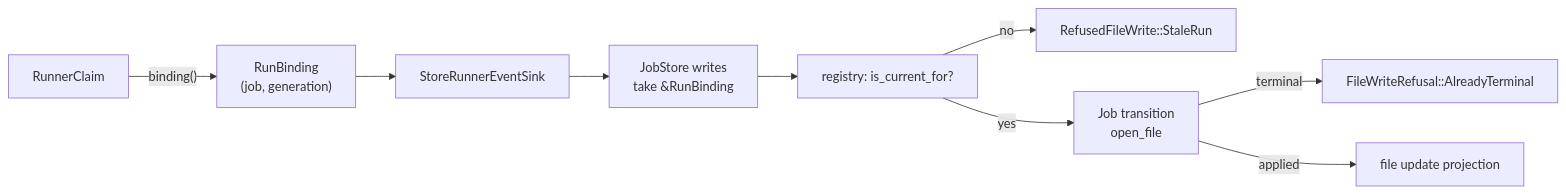
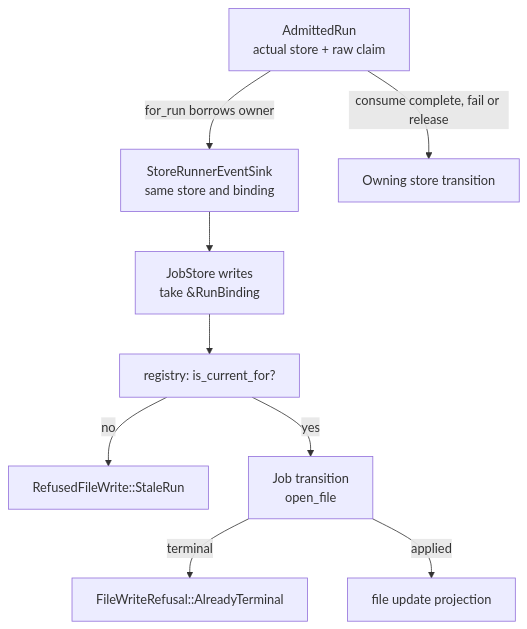
One commit to FranklinChen/talkbank-tools changed the second of 4 diagrams in book/src/batchalign/architecture/job-state-machine.md. Above: the diagram before and after it, drawn with Mermaid. The commit also changed other lines of this file and 204 other files, not shown here.

````diff
--- a/book/src/batchalign/architecture/job-state-machine.md
+++ b/book/src/batchalign/architecture/job-state-machine.md
@@ -306,11 +290,11 @@
 ```mermaid
-flowchart LR
-    claim["RunnerClaim"] -->|"binding()"| bind["RunBinding<br/>(job, generation)"]
-    bind --> sink["StoreRunnerEventSink"]
+flowchart TD
+    owner["AdmittedRun<br/>actual store + raw claim"] -->|"for_run borrows owner"| sink["StoreRunnerEventSink<br/>same store and binding"]
+    owner -->|"consume complete, fail or release"| completion["Owning store transition"]
     sink --> store["JobStore writes<br/>take &RunBinding"]
     store --> reg["registry: is_current_for?"]
     reg -->|no| stale["RefusedFileWrite::StaleRun"]
     reg -->|yes| job["Job transition<br/>open_file"]
     job -->|terminal| term["FileWriteRefusal::AlreadyTerminal"]
     job -->|applied| proj["file update projection"]
 ```
````
